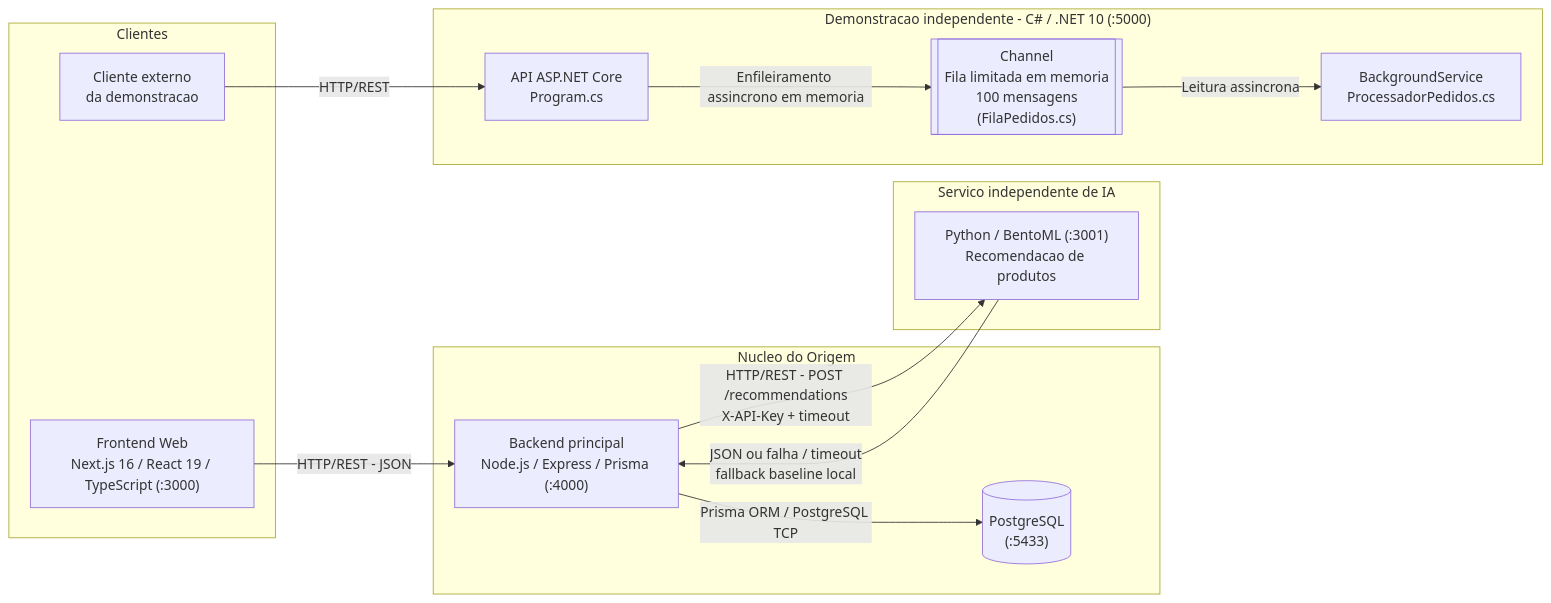
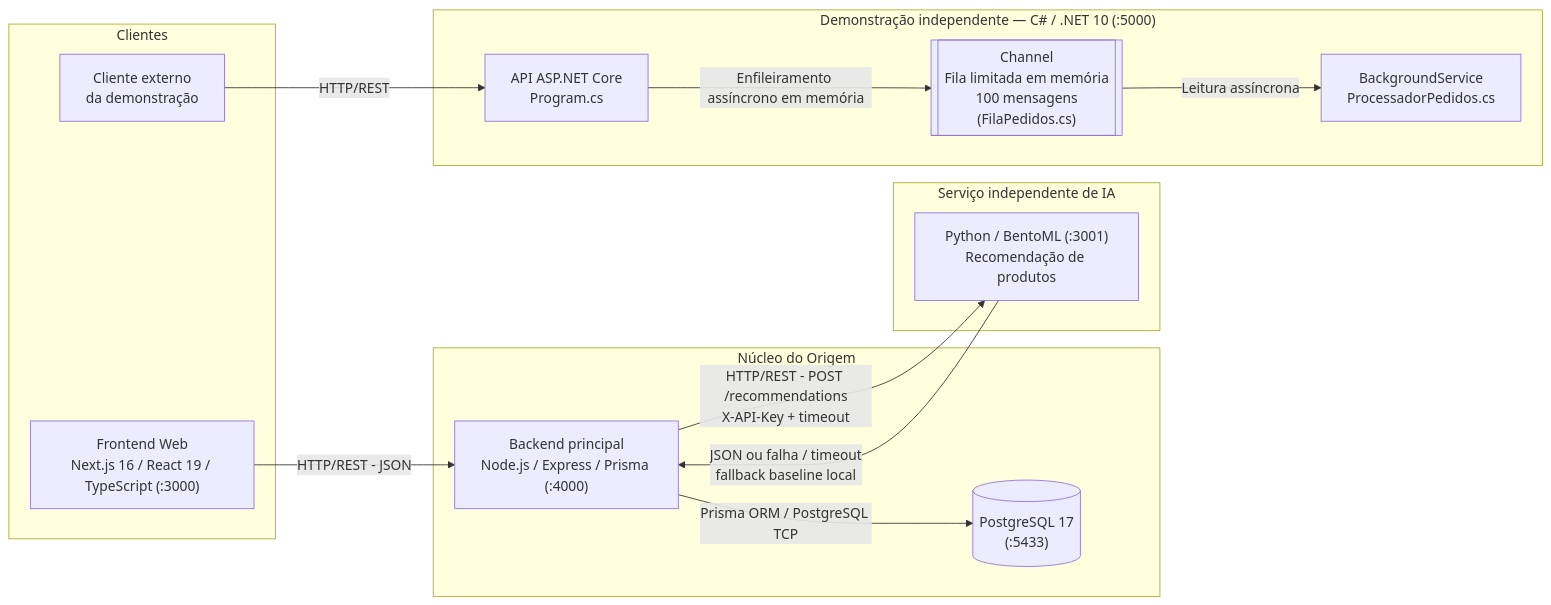
Before and after one commit to Samara020/Projeto-Integrador-Origem: the diagram in docs/arquitetura/diagrama-arquitetura-distribuida.md, drawn with Mermaid. The commit also changed other lines of this file and 3 other files, not shown here.

````diff
--- a/docs/arquitetura/diagrama-arquitetura-distribuida.md
+++ b/docs/arquitetura/diagrama-arquitetura-distribuida.md
@@ -5,31 +5,31 @@
 ```mermaid
 flowchart LR
     subgraph Clientes["Clientes"]
         FE["Frontend Web<br/>Next.js 16 / React 19 / TypeScript (:3000)"]
-        CLI["Cliente externo<br/>da demonstracao"]
+        CLI["Cliente externo<br/>da demonstração"]
     end
 
-    subgraph Origem["Nucleo do Origem"]
+    subgraph Origem["Núcleo do Origem"]
         BE["Backend principal<br/>Node.js / Express / Prisma (:4000)"]
-        DB[("PostgreSQL<br/>(:5433)")]
+        DB[("PostgreSQL 17<br/>(:5433)")]
     end
 
-    subgraph IA["Servico independente de IA"]
-        AI["Python / BentoML (:3001)<br/>Recomendacao de produtos"]
+    subgraph IA["Serviço independente de IA"]
+        AI["Python / BentoML (:3001)<br/>Recomendação de produtos"]
     end
 
-    subgraph Concorrencia["Demonstracao independente - C# / .NET 10 (:5000)"]
+    subgraph Concorrencia["Demonstração independente — C# / .NET 10 (:5000)"]
         API["API ASP.NET Core<br/>Program.cs"]
-        Fila[["Channel<br/>Fila limitada em memoria<br/>100 mensagens<br/>(FilaPedidos.cs)"]]
+        Fila[["Channel<br/>Fila limitada em memória<br/>100 mensagens<br/>(FilaPedidos.cs)"]]
         Worker["BackgroundService<br/>ProcessadorPedidos.cs"]
     end
 
     FE -->|"HTTP/REST - JSON"| BE
     BE -->|"Prisma ORM / PostgreSQL TCP"| DB
     BE -->|"HTTP/REST - POST /recommendations<br/>X-API-Key + timeout"| AI
     AI -->|"JSON ou falha / timeout<br/>fallback baseline local"| BE
 
     CLI -->|"HTTP/REST"| API
-    API -->|"Enfileiramento assincrono em memoria"| Fila
-    Fila -->|"Leitura assincrona"| Worker
+    API -->|"Enfileiramento assíncrono em memória"| Fila
+    Fila -->|"Leitura assíncrona"| Worker
 ```
````
